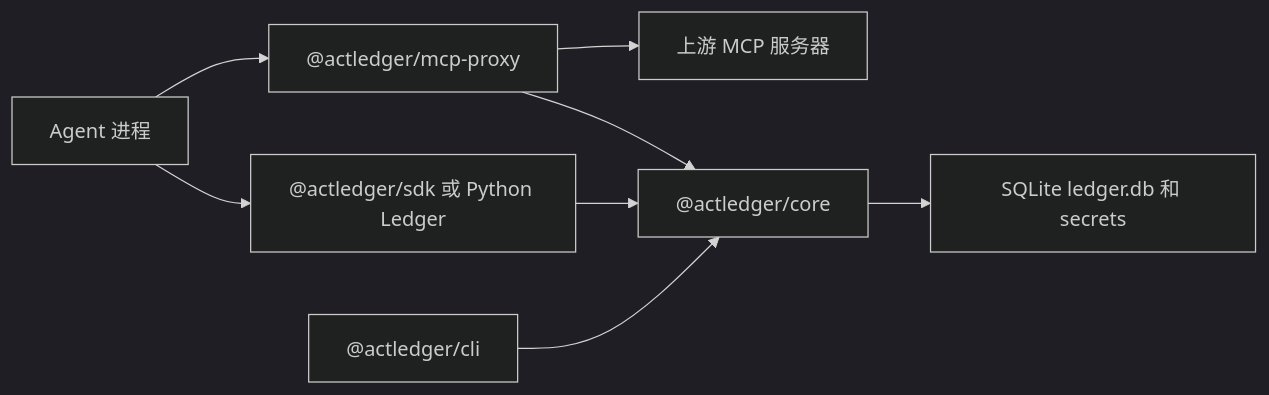
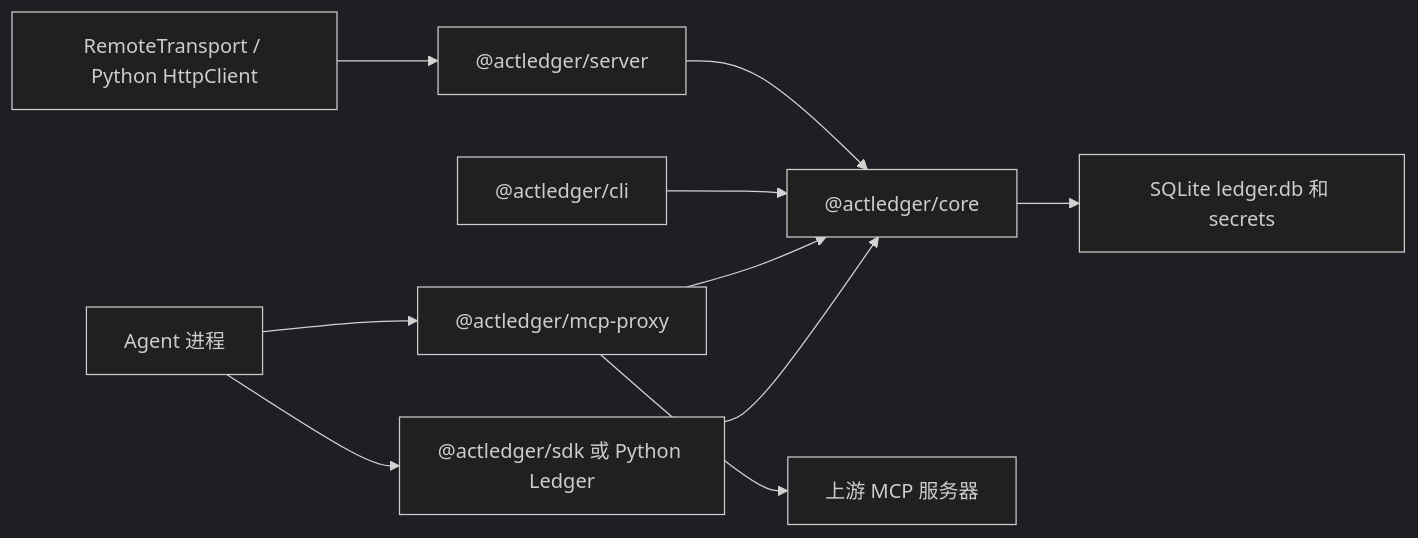
Before and after one commit to GEON-tt/ActLedger: the diagram in docs/zh-CN/architecture.md, drawn with Mermaid (dark theme). The commit also changed other lines of this file and 60 other files, not shown here.

````diff
--- a/docs/zh-CN/architecture.md
+++ b/docs/zh-CN/architecture.md
@@ -7,16 +7,19 @@
 ```mermaid
 flowchart LR
   agent["Agent 进程"]
   sdk["@actledger/sdk 或 Python Ledger"]
   proxy["@actledger/mcp-proxy"]
   cli["@actledger/cli"]
   core["@actledger/core"]
   db["SQLite ledger.db 和 secrets"]
   upstream["上游 MCP 服务器"]
+  remote["RemoteTransport / Python HttpClient"]
+  server["@actledger/server"]
 
   agent --> sdk --> core
   agent --> proxy --> core
   proxy --> upstream
   cli --> core
   core --> db
+  remote --> server --> core
 ```
````
